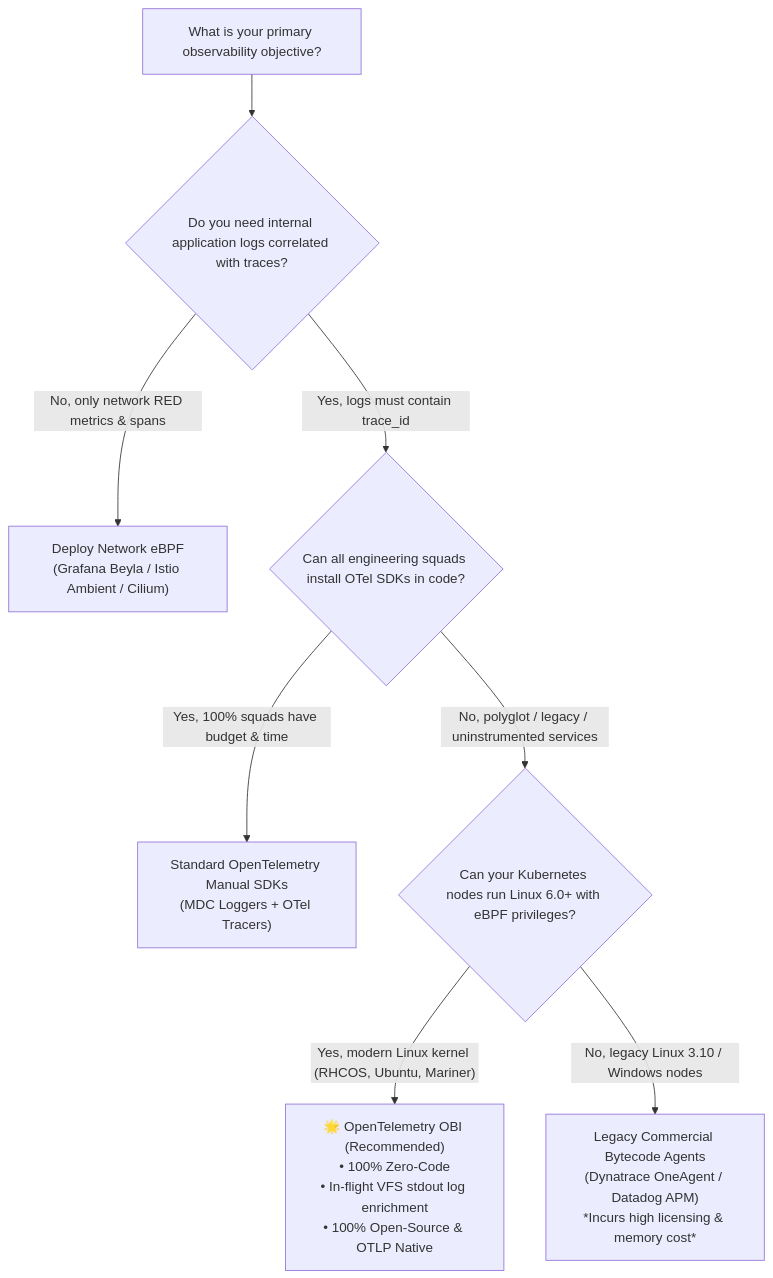
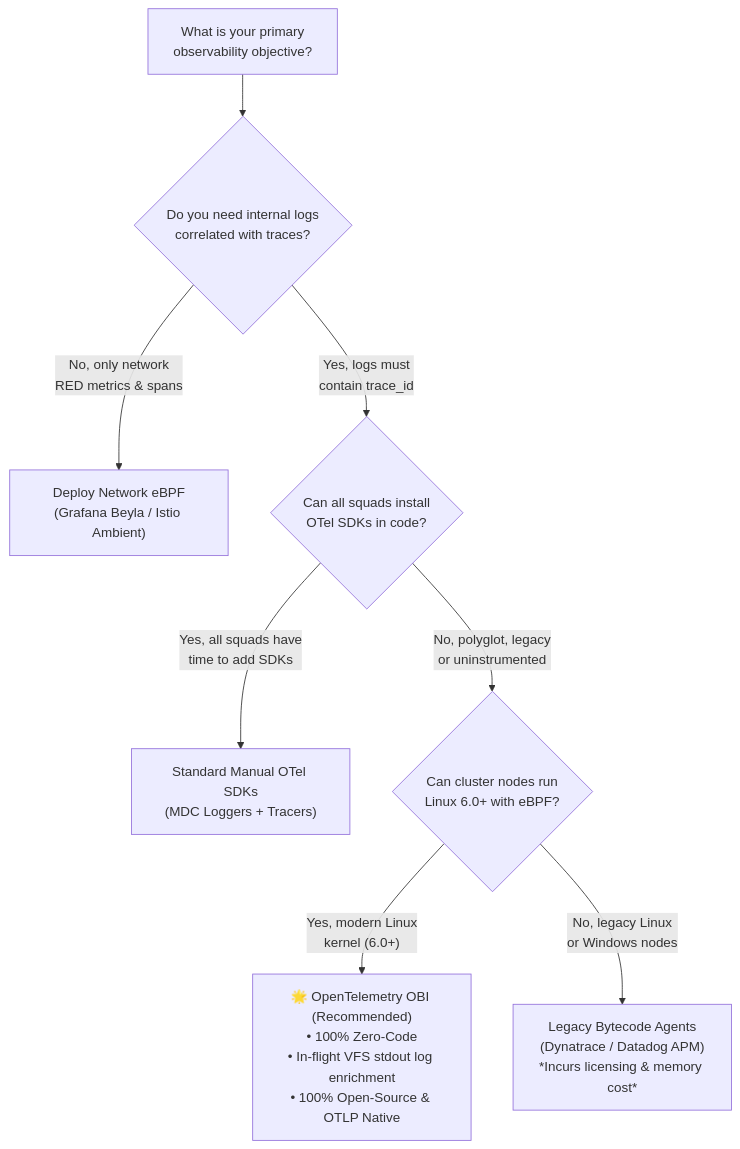
The third of 3 diagrams in docs/obi-vs-modern-observability-tools.md (nubenetes/obi-trace-log-correlation), drawn with Mermaid before and after one commit. The commit also changed other lines of this file and 4 other files, not shown here.

Commit message:
fix(docs): add line breaks to Mermaid edge labels to prevent text truncation in decision trees

````diff
--- a/docs/obi-vs-modern-observability-tools.md
+++ b/docs/obi-vs-modern-observability-tools.md
@@ -379,13 +379,13 @@
 ```mermaid
 flowchart TD
-    Start["What is your primary observability objective?"] --> Q1{"Do you need internal application logs correlated with traces?"}
+    Start["What is your primary<br/>observability objective?"] --> Q1{"Do you need internal logs<br/>correlated with traces?"}
     
-    Q1 -->|"No, only network RED metrics & spans"| OptNet["Deploy Network eBPF\n(Grafana Beyla / Istio Ambient / Cilium)"]
-    Q1 -->|"Yes, logs must contain trace_id"| Q2{"Can all engineering squads install OTel SDKs in code?"}
+    Q1 -->|"No, only network<br/>RED metrics & spans"| OptNet["Deploy Network eBPF<br/>(Grafana Beyla / Istio Ambient)"]
+    Q1 -->|"Yes, logs must<br/>contain trace_id"| Q2{"Can all squads install<br/>OTel SDKs in code?"}
     
-    Q2 -->|"Yes, 100% squads have budget & time"| OptSDK["Standard OpenTelemetry Manual SDKs\n(MDC Loggers + OTel Tracers)"]
-    Q2 -->|"No, polyglot / legacy / uninstrumented services"| Q3{"Can your Kubernetes nodes run Linux 6.0+ with eBPF privileges?"}
+    Q2 -->|"Yes, all squads have<br/>time to add SDKs"| OptSDK["Standard Manual OTel SDKs<br/>(MDC Loggers + Tracers)"]
+    Q2 -->|"No, polyglot, legacy<br/>or uninstrumented"| Q3{"Can cluster nodes run<br/>Linux 6.0+ with eBPF?"}
     
-    Q3 -->|"Yes, modern Linux kernel (RHCOS, Ubuntu, Mariner)"| OptOBI["🌟 OpenTelemetry OBI (Recommended)\n• 100% Zero-Code\n• In-flight VFS stdout log enrichment\n• 100% Open-Source & OTLP Native"]
-    Q3 -->|"No, legacy Linux 3.10 / Windows nodes"| OptLegacy["Legacy Commercial Bytecode Agents\n(Dynatrace OneAgent / Datadog APM)\n*Incurs high licensing & memory cost*"]
+    Q3 -->|"Yes, modern Linux<br/>kernel (6.0+)"| OptOBI["🌟 OpenTelemetry OBI (Recommended)<br/>• 100% Zero-Code<br/>• In-flight VFS stdout log enrichment<br/>• 100% Open-Source & OTLP Native"]
+    Q3 -->|"No, legacy Linux<br/>or Windows nodes"| OptLegacy["Legacy Bytecode Agents<br/>(Dynatrace / Datadog APM)<br/>*Incurs licensing & memory cost*"]
 ```
````
